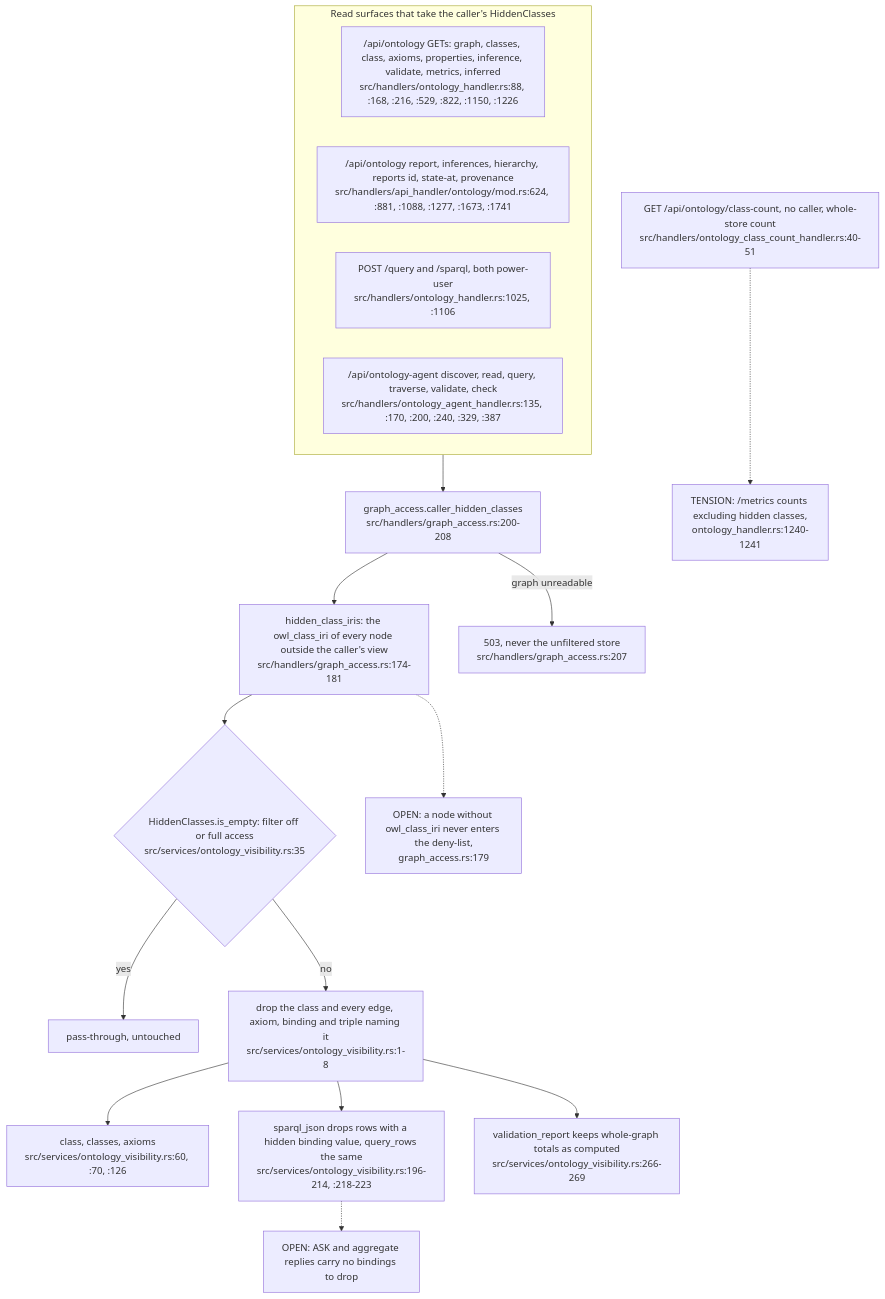
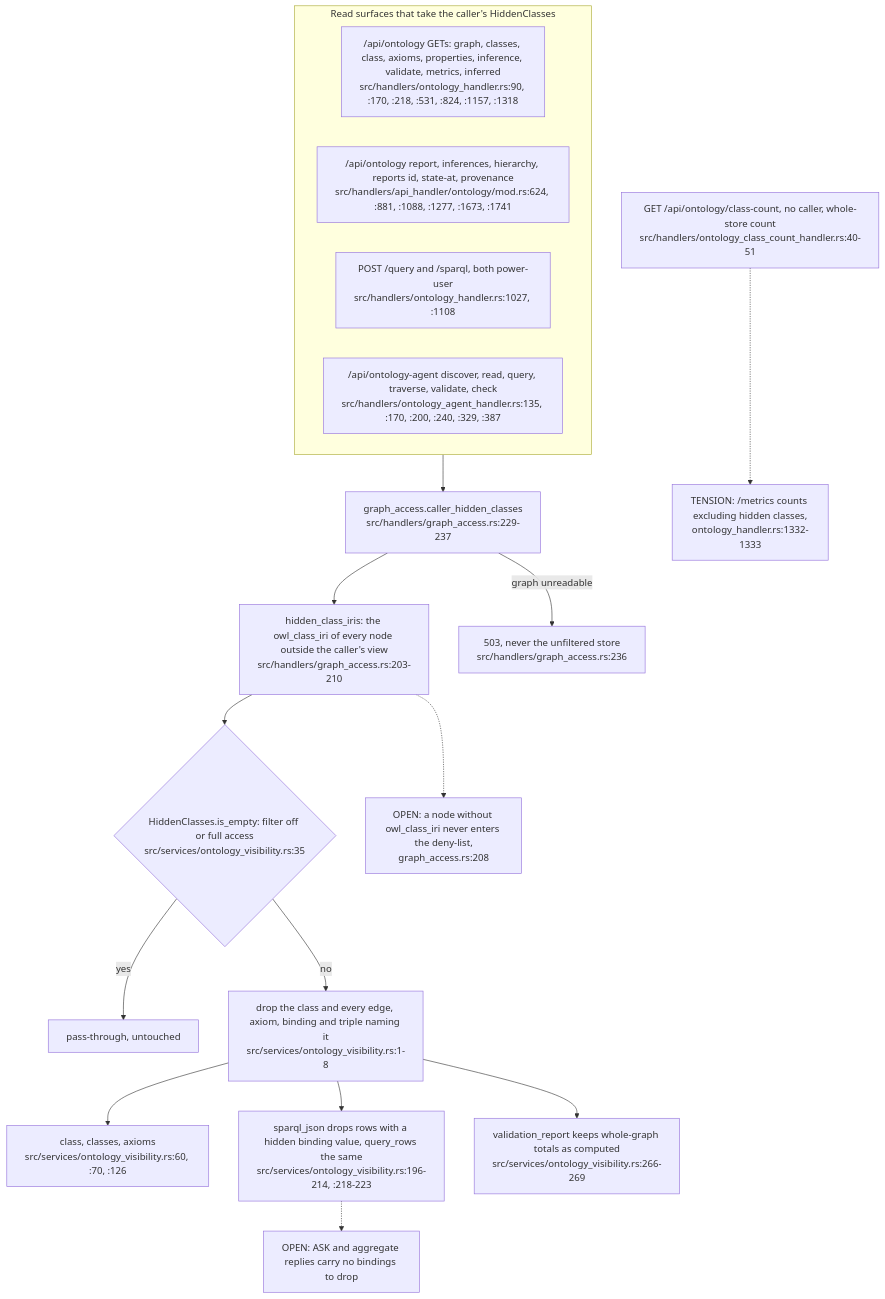
Diagram 12 of 12 in docs/diagrams/visionclaw/20-ontology-pipeline-oxigraph-whelk.md (DreamLab-AI/VisionFlow), drawn with Mermaid before and after one commit. The commit also changed other lines of this file and 7 other files, not shown here.

````diff
--- a/docs/diagrams/visionclaw/20-ontology-pipeline-oxigraph-whelk.md
+++ b/docs/diagrams/visionclaw/20-ontology-pipeline-oxigraph-whelk.md
@@ -436,21 +436,21 @@
 ```mermaid
 flowchart TB
     subgraph ROUTES["Read surfaces that take the caller's HiddenClasses"]
-        OR["/api/ontology GETs: graph, classes, class, axioms, properties, inference, validate, metrics, inferred<br/>src/handlers/ontology_handler.rs:88, :168, :216, :529, :822, :1150, :1226"]
+        OR["/api/ontology GETs: graph, classes, class, axioms, properties, inference, validate, metrics, inferred<br/>src/handlers/ontology_handler.rs:90, :170, :218, :531, :824, :1157, :1318"]
         OM["/api/ontology report, inferences, hierarchy, reports id, state-at, provenance<br/>src/handlers/api_handler/ontology/mod.rs:624, :881, :1088, :1277, :1673, :1741"]
-        SQ["POST /query and /sparql, both power-user<br/>src/handlers/ontology_handler.rs:1025, :1106"]
+        SQ["POST /query and /sparql, both power-user<br/>src/handlers/ontology_handler.rs:1027, :1108"]
         AG["/api/ontology-agent discover, read, query, traverse, validate, check<br/>src/handlers/ontology_agent_handler.rs:135, :170, :200, :240, :329, :387"]
     end
-    ROUTES --> CH["graph_access.caller_hidden_classes<br/>src/handlers/graph_access.rs:200-208"]
-    CH --> HC["hidden_class_iris: the owl_class_iri of every node outside the caller's view<br/>src/handlers/graph_access.rs:174-181"]
-    CH -->|"graph unreadable"| F503["503, never the unfiltered store<br/>src/handlers/graph_access.rs:207"]
+    ROUTES --> CH["graph_access.caller_hidden_classes<br/>src/handlers/graph_access.rs:229-237"]
+    CH --> HC["hidden_class_iris: the owl_class_iri of every node outside the caller's view<br/>src/handlers/graph_access.rs:203-210"]
+    CH -->|"graph unreadable"| F503["503, never the unfiltered store<br/>src/handlers/graph_access.rs:236"]
     HC --> EMPTY{"HiddenClasses.is_empty: filter off or full access<br/>src/services/ontology_visibility.rs:35"}
     EMPTY -->|"yes"| PASS["pass-through, untouched"]
     EMPTY -->|"no"| SCRUB["drop the class and every edge, axiom, binding and triple naming it<br/>src/services/ontology_visibility.rs:1-8"]
     SCRUB --> S1["class, classes, axioms<br/>src/services/ontology_visibility.rs:60, :70, :126"]
     SCRUB --> S2["sparql_json drops rows with a hidden binding value, query_rows the same<br/>src/services/ontology_visibility.rs:196-214, :218-223"]
     SCRUB --> S3["validation_report keeps whole-graph totals as computed<br/>src/services/ontology_visibility.rs:266-269"]
     S2 -.-> R1["OPEN: ASK and aggregate replies carry no bindings to drop"]
-    HC -.-> R2["OPEN: a node without owl_class_iri never enters the deny-list,<br/>graph_access.rs:179"]
-    CC["GET /api/ontology/class-count, no caller, whole-store count<br/>src/handlers/ontology_class_count_handler.rs:40-51"] -.-> R3["TENSION: /metrics counts excluding hidden classes,<br/>ontology_handler.rs:1240-1241"]
+    HC -.-> R2["OPEN: a node without owl_class_iri never enters the deny-list,<br/>graph_access.rs:208"]
+    CC["GET /api/ontology/class-count, no caller, whole-store count<br/>src/handlers/ontology_class_count_handler.rs:40-51"] -.-> R3["TENSION: /metrics counts excluding hidden classes,<br/>ontology_handler.rs:1332-1333"]
 ```
````
